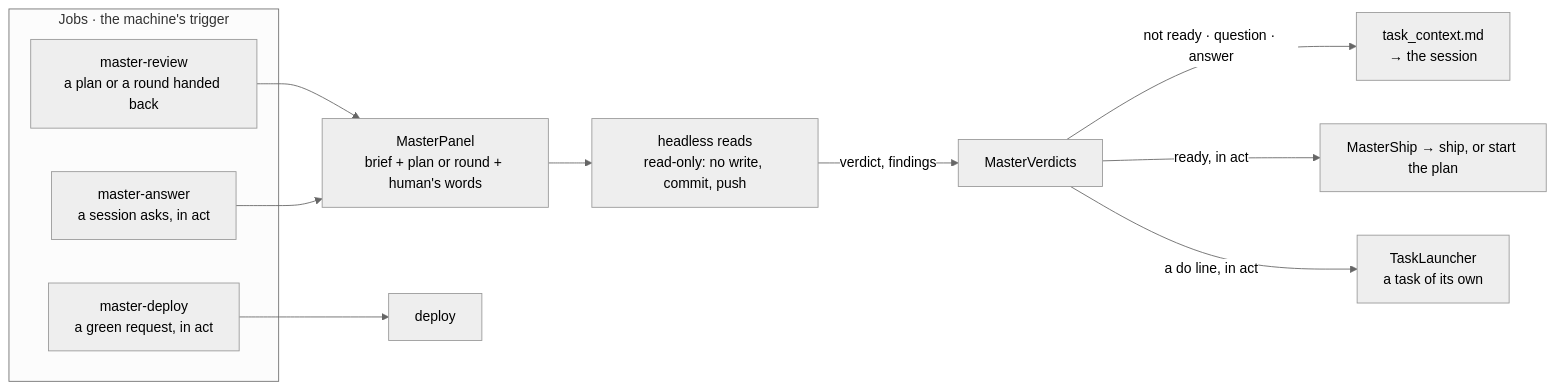
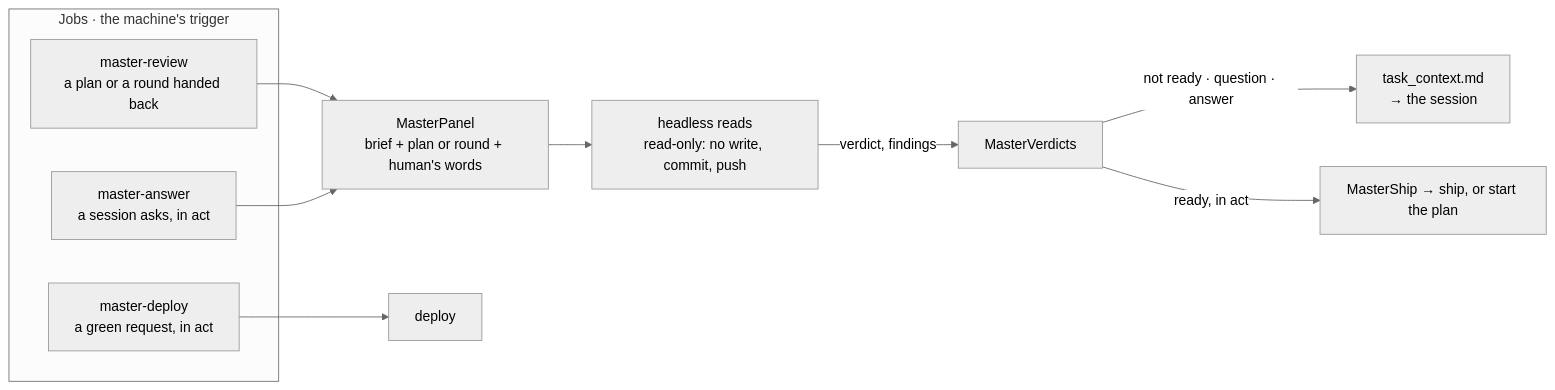
The sixth of 6 diagrams in docs/c4.md (GulDmitry/jagt), drawn with Mermaid (neutral theme) before and after one commit. The commit also changed 18 other files, not shown here.

````diff
--- a/docs/c4.md
+++ b/docs/c4.md
@@ -167,19 +167,18 @@
 ```mermaid
 flowchart LR
     subgraph trig["Jobs · the machine's trigger"]
         mr["master-review<br/>a plan or a round handed back"]
         ma["master-answer<br/>a session asks, in act"]
         md["master-deploy<br/>a green request, in act"]
     end
     panel["MasterPanel<br/>brief + plan or round + human's words"]
     roles["headless reads<br/>read-only: no write, commit, push"]
     verd["MasterVerdicts"]
 
     mr --> panel
     ma --> panel
     panel --> roles -- "verdict, findings" --> verd
     verd -- "not ready · question · answer" --> rel["task_context.md<br/>→ the session"]
     verd -- "ready, in act" --> ship["MasterShip → ship, or start the plan"]
-    verd -- "a do line, in act" --> open["TaskLauncher<br/>a task of its own"]
     md --> dep["deploy"]
 ```
````
